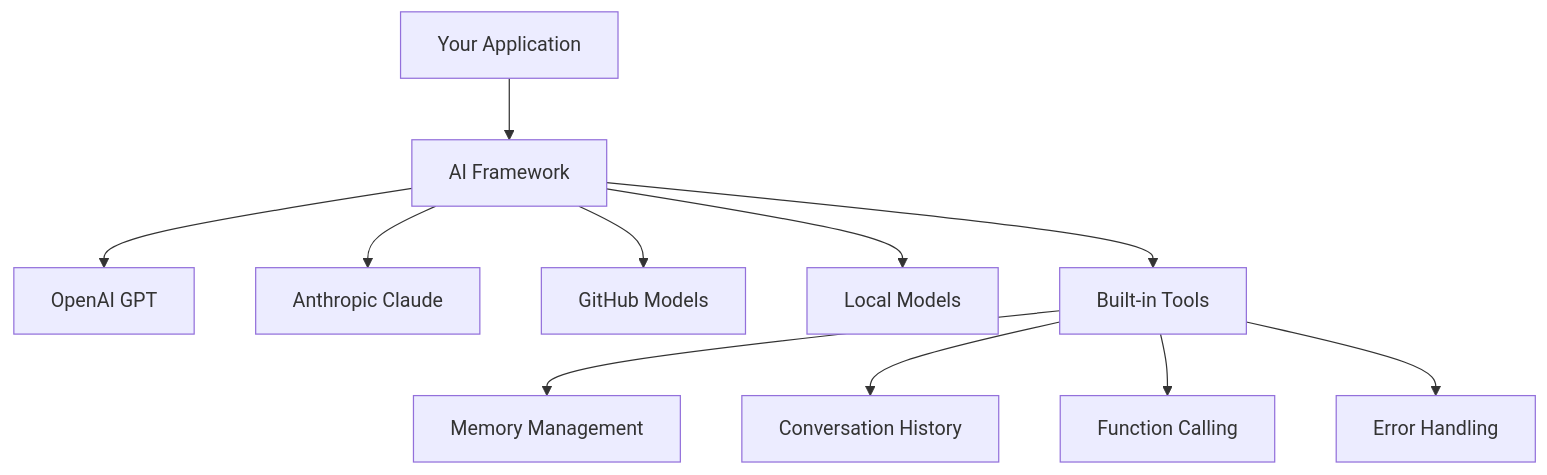
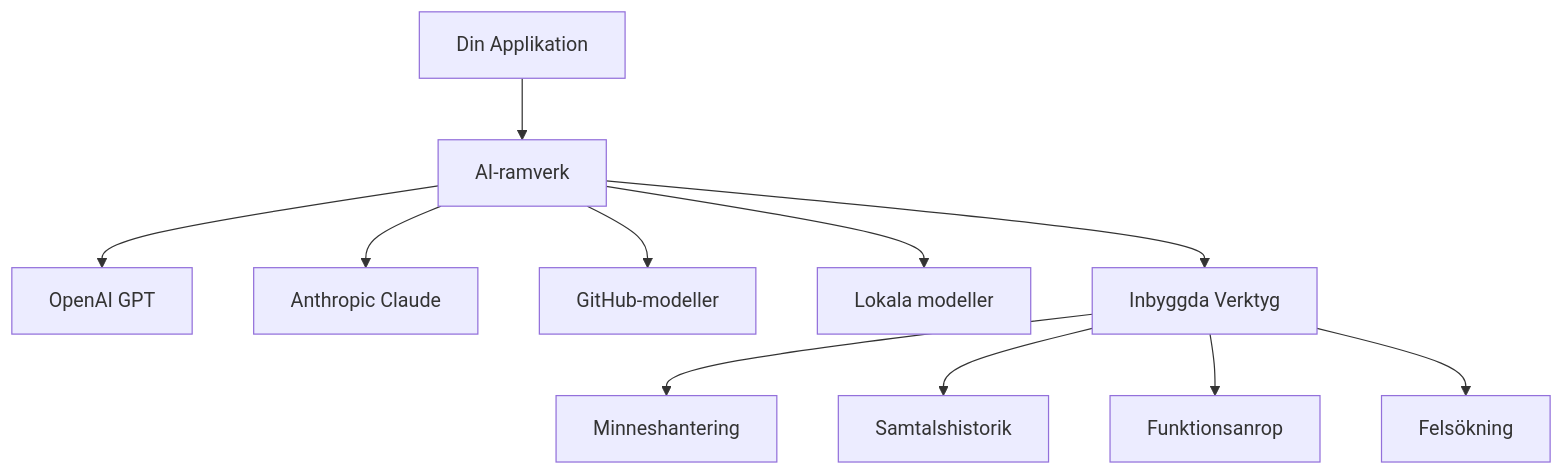
Before and after one commit to microsoft/Web-Dev-For-Beginners: the second of 11 diagrams in translations/sv/10-ai-framework-project/README.md, drawn with Mermaid. The commit also changed other lines of this file and 99 other files, not shown here.

````diff
--- a/translations/sv/10-ai-framework-project/README.md
+++ b/translations/sv/10-ai-framework-project/README.md
@@ -32,14 +69,14 @@
 ```mermaid
 graph TD
-    A[Your Application] --> B[AI Framework]
+    A[Din Applikation] --> B[AI-ramverk]
     B --> C[OpenAI GPT]
     B --> D[Anthropic Claude]
-    B --> E[GitHub Models]
-    B --> F[Local Models]
+    B --> E[GitHub-modeller]
+    B --> F[Lokala modeller]
     
-    B --> G[Built-in Tools]
-    G --> H[Memory Management]
-    G --> I[Conversation History]
-    G --> J[Function Calling]
-    G --> K[Error Handling]
+    B --> G[Inbyggda Verktyg]
+    G --> H[Minneshantering]
+    G --> I[Samtalshistorik]
+    G --> J[Funktionsanrop]
+    G --> K[Felsökning]
 ```
````
